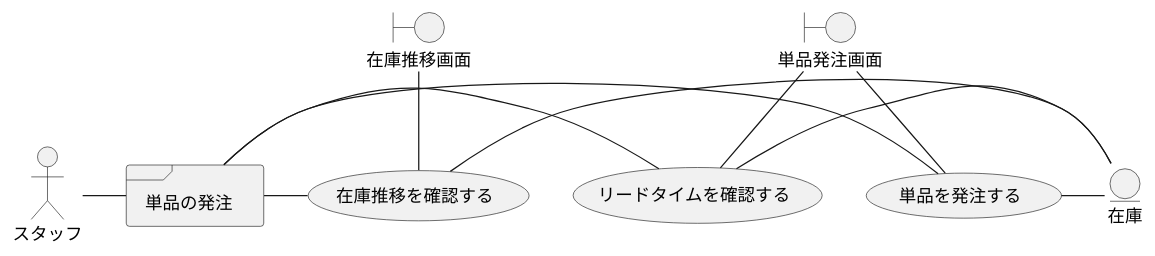
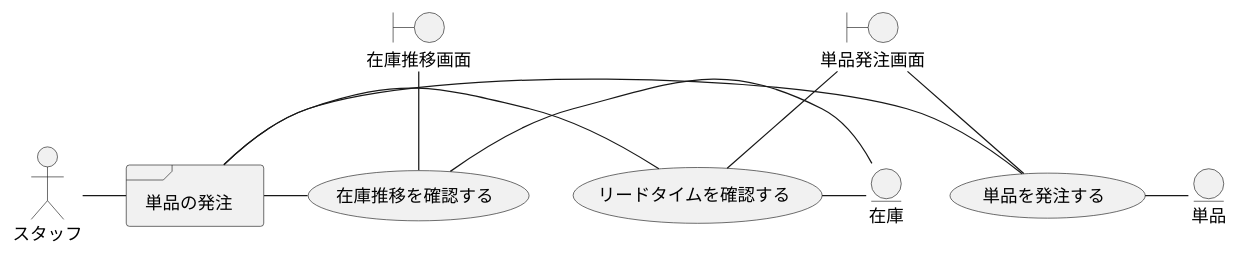
One commit to k2works/application_programing_excercise_2022 changed diagram 24 of 36 in docs/index.adoc. Above: the diagram before and after it, drawn with PlantUML. The commit also changed other lines of this file, not shown here.

Commit message:
docs: ユースケース複合図

```diff
--- a/docs/index.adoc
+++ b/docs/index.adoc
@@ -759,23 +781,24 @@
 [plantuml]
 ----
 @startuml
 actor "スタッフ" as ac_01
 frame "単品の発注" as f01
 usecase "在庫推移を確認する" as UC1
 usecase "単品を発注する" as UC2
 usecase "リードタイムを確認する" as UC3
 boundary "在庫推移画面" as b01
 boundary "単品発注画面" as b02
 entity "在庫" as e01
+entity "単品" as e02
 
 ac_01 - f01
 f01 - UC1
 f01 - UC2
 f01 - UC3
 b01 -- UC1
 b02 -- UC2
 b02 -- UC3
 UC1 - e01
-UC2 - e01
+UC2 - e02
 UC3 - e01
 ----
```
